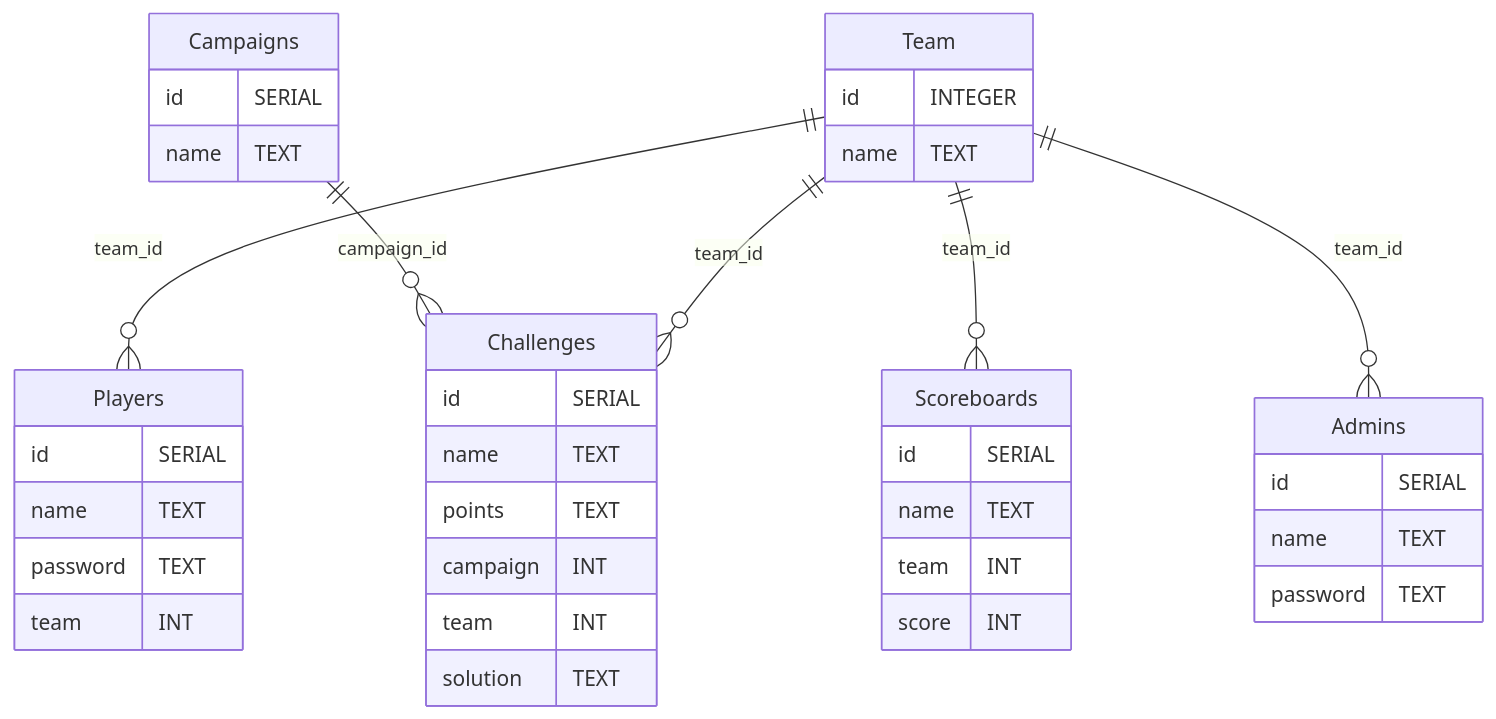
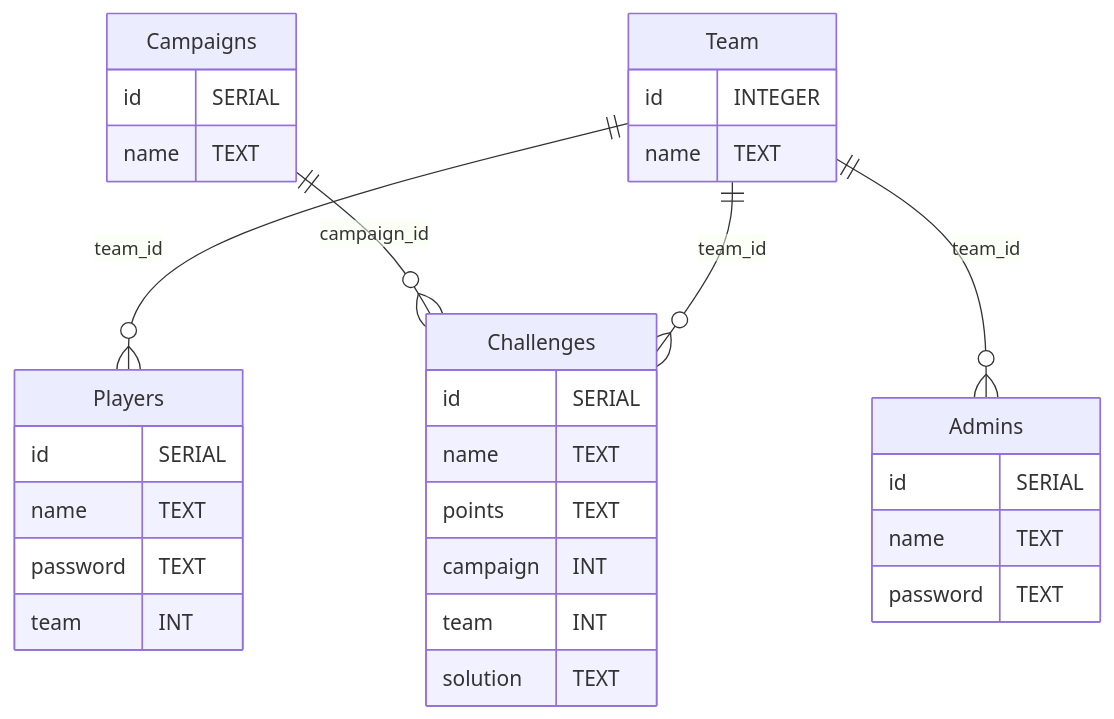
The diagram in postgres/README.md (cyberphor/ctfconsole), drawn with Mermaid before and after one commit. The commit also changed 3 other files, not shown here.

Commit message:
Updating database schema

````diff
--- a/postgres/README.md
+++ b/postgres/README.md
@@ -3,42 +3,39 @@
 ```mermaid
 erDiagram
     Team {
         id INTEGER
         name TEXT
     }
+
     Players {
         id SERIAL
         name TEXT
         password TEXT
         team INT
     }
+
     Campaigns {
         id SERIAL
         name TEXT
     }
+
     Challenges {
         id SERIAL
         name TEXT
         points TEXT
         campaign INT
         team INT
         solution TEXT
     }
-    Scoreboards {
-        id SERIAL
-        name TEXT
-        team INT
-        score INT
-    }
+
     Admins {
         id SERIAL
         name TEXT
         password TEXT
     }
 
     Team ||--o{ Players : "team_id"
     Campaigns ||--o{ Challenges : "campaign_id"
     Team ||--o{ Challenges : "team_id"
-    Team ||--o{ Scoreboards : "team_id"
     Team ||--o{ Admins : "team_id"
 ```
````
